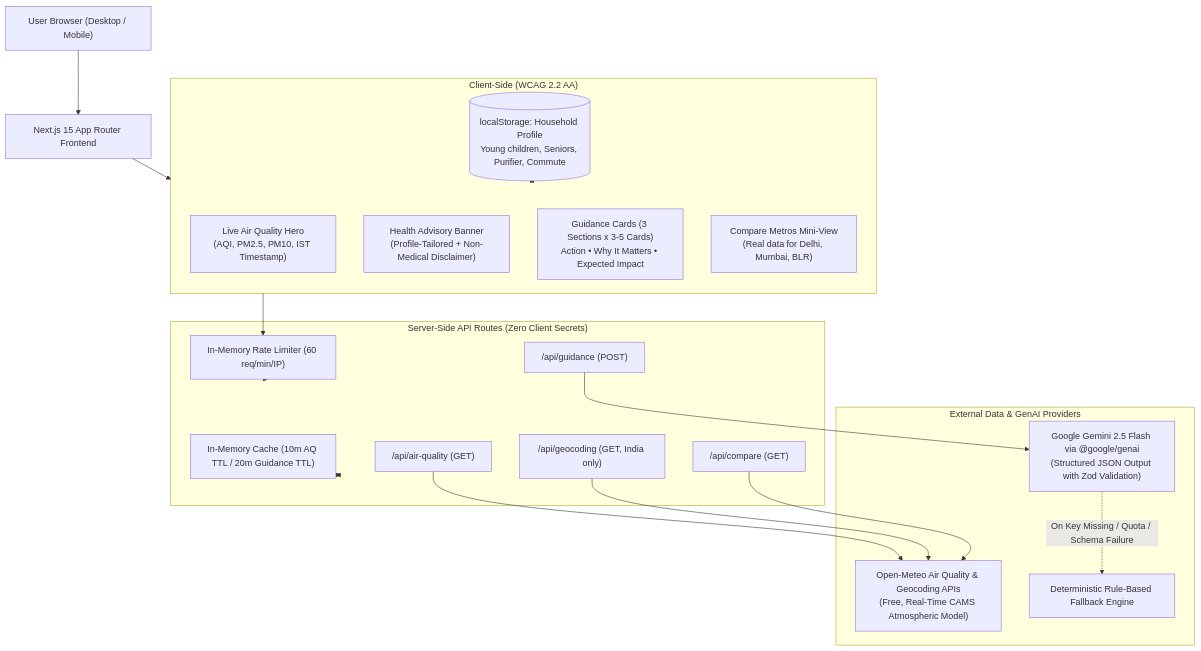
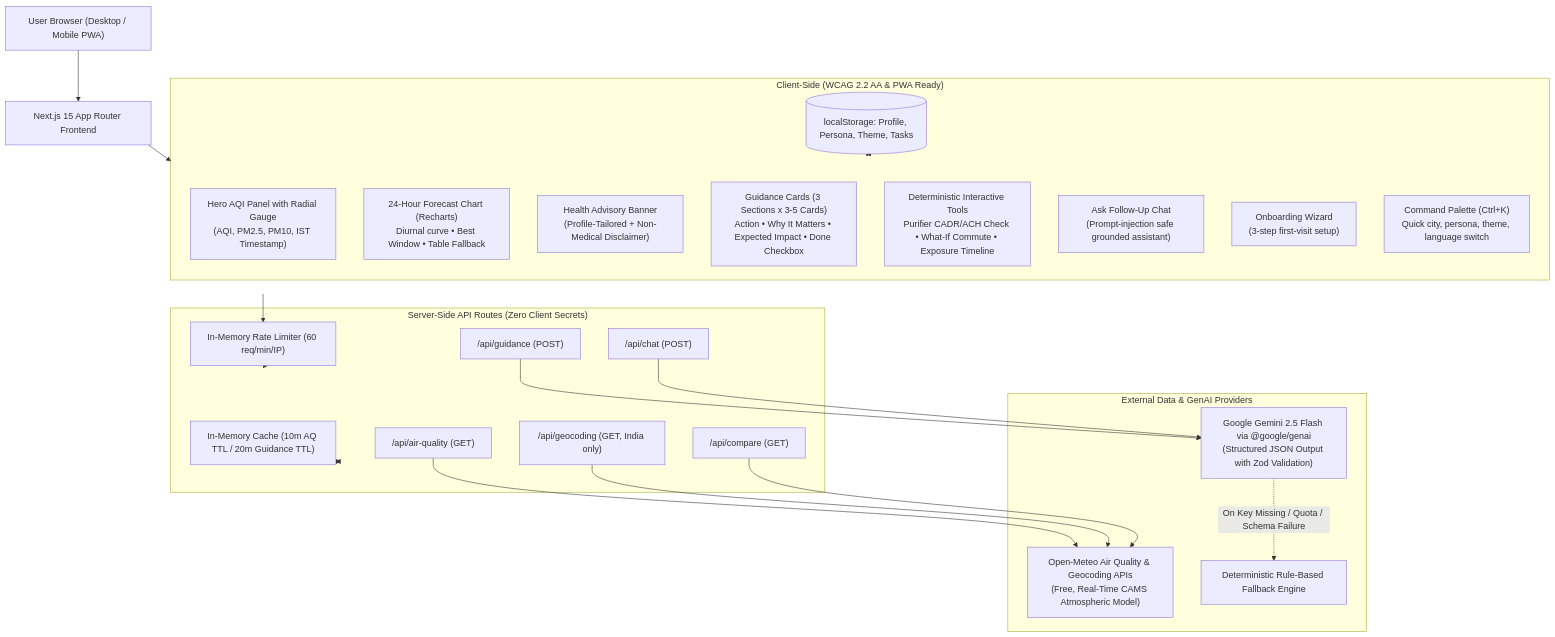
Before and after one commit to jakhotiasiya2008-maker/airwise: the diagram in README.md, drawn with Mermaid. The commit also changed other lines of this file and 27 other files, not shown here.

Commit message:
feat: complete delight features (onboarding wizard, 24h chart, interactive tools, follow-up chat, i18n, PWA, command palette)

````diff
--- a/README.md
+++ b/README.md
@@ -46,39 +46,45 @@
 ```mermaid
 flowchart TD
-    User["User Browser (Desktop / Mobile)"] --> NextApp["Next.js 15 App Router Frontend"]
+    User["User Browser (Desktop / Mobile PWA)"] --> NextApp["Next.js 15 App Router Frontend"]
     
-    subgraph Client ["Client-Side (WCAG 2.2 AA)"]
-        Hero["Live Air Quality Hero\n(AQI, PM2.5, PM10, IST Timestamp)"]
+    subgraph Client ["Client-Side (WCAG 2.2 AA & PWA Ready)"]
+        Hero["Hero AQI Panel with Radial Gauge\n(AQI, PM2.5, PM10, IST Timestamp)"]
+        Forecast["24-Hour Forecast Chart (Recharts)\nDiurnal curve • Best Window • Table Fallback"]
         Advisory["Health Advisory Banner\n(Profile-Tailored + Non-Medical Disclaimer)"]
-        Cards["Guidance Cards (3 Sections x 3-5 Cards)\nAction • Why It Matters • Expected Impact"]
-        Compare["Compare Metros Mini-View\n(Real data for Delhi, Mumbai, BLR)"]
-        LocalStorage[("localStorage: Household Profile\nYoung children, Seniors, Purifier, Commute")]
+        Cards["Guidance Cards (3 Sections x 3-5 Cards)\nAction • Why It Matters • Expected Impact • Done Checkbox"]
+        Tools["Deterministic Interactive Tools\nPurifier CADR/ACH Check • What-If Commute • Exposure Timeline"]
+        Chat["Ask Follow-Up Chat\n(Prompt-injection safe grounded assistant)"]
+        Onboarding["Onboarding Wizard\n(3-step first-visit setup)"]
+        CmdPalette["Command Palette (Ctrl+K)\nQuick city, persona, theme, language switch"]
+        LocalStorage[("localStorage: Profile, Persona, Theme, Tasks")]
     end
     
     NextApp --> Client
     LocalStorage <--> Client
     
     subgraph ServerRoutes ["Server-Side API Routes (Zero Client Secrets)"]
         RateLimiter["In-Memory Rate Limiter (60 req/min/IP)"]
         ServerCache["In-Memory Cache (10m AQ TTL / 20m Guidance TTL)"]
         AQRoute["/api/air-quality (GET)"]
         GeoRoute["/api/geocoding (GET, India only)"]
         GuidanceRoute["/api/guidance (POST)"]
+        ChatRoute["/api/chat (POST)"]
         CompareRoute["/api/compare (GET)"]
     end
     
     Client --> RateLimiter --> ServerRoutes
     ServerRoutes <--> ServerCache
     
     subgraph ExternalServices ["External Data & GenAI Providers"]
         OpenMeteo["Open-Meteo Air Quality & Geocoding APIs\n(Free, Real-Time CAMS Atmospheric Model)"]
         GeminiAPI["Google Gemini 2.5 Flash via @google/genai\n(Structured JSON Output with Zod Validation)"]
         RuleEngine["Deterministic Rule-Based Fallback Engine"]
     end
     
     AQRoute --> OpenMeteo
     GeoRoute --> OpenMeteo
     CompareRoute --> OpenMeteo
     GuidanceRoute --> GeminiAPI
+    ChatRoute --> GeminiAPI
     GeminiAPI -.->|On Key Missing / Quota / Schema Failure| RuleEngine
 ```
````
